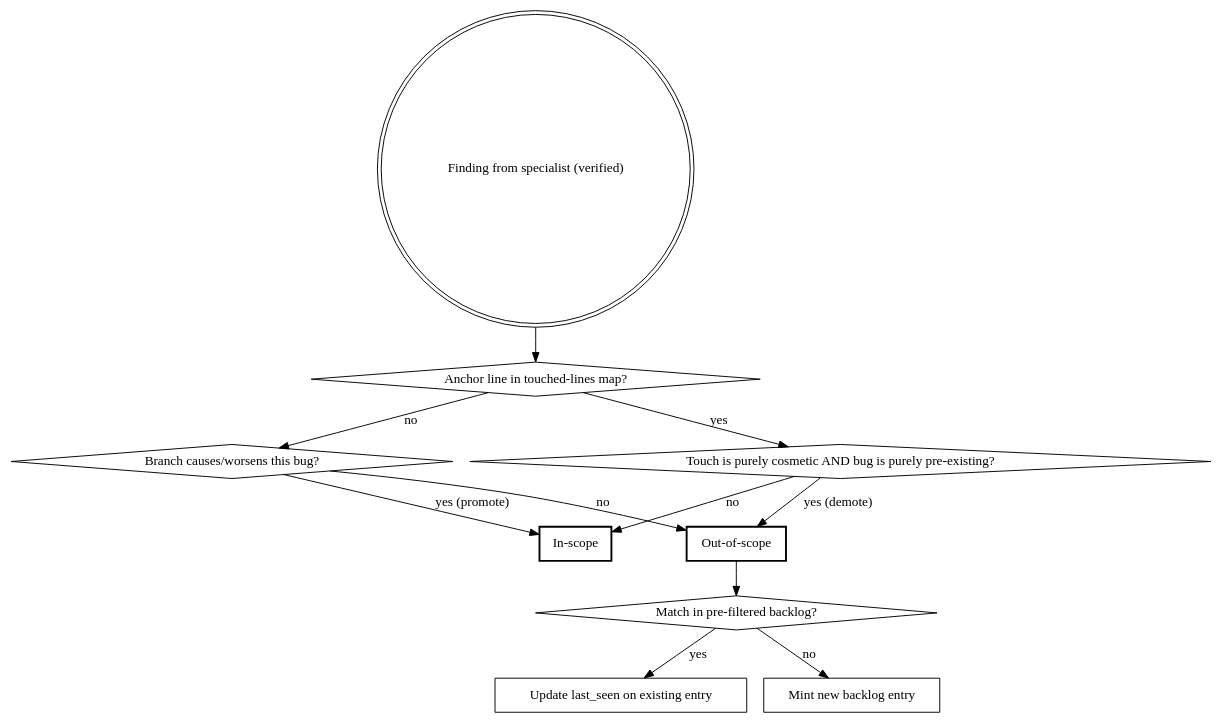
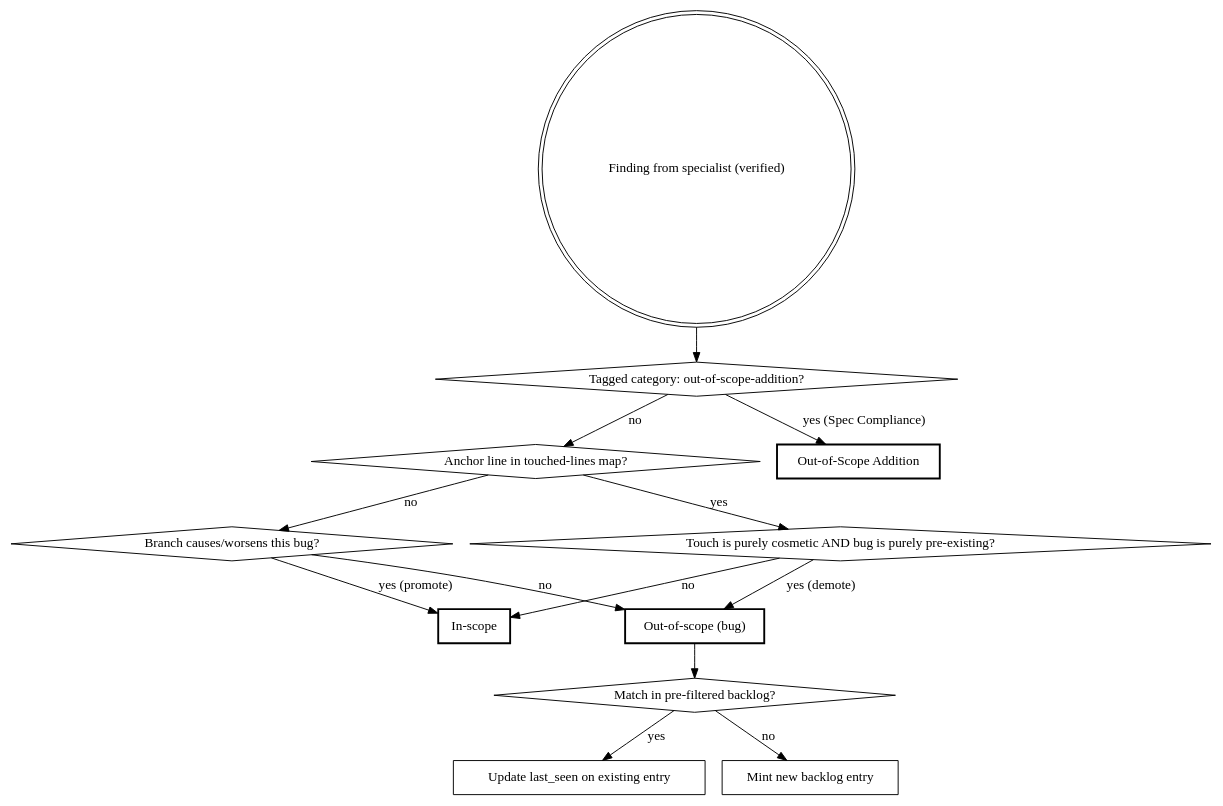
Before and after one commit to Ovid/paad: the first of 2 diagrams in plugins/paad/skills/agentic-review/SKILL.md, drawn with Graphviz. The commit also changed other lines of this file and 11 other files, not shown here.

First line of the commit message:
agentic-review: replace Plan Alignment with Spec Compliance specialist

````diff
--- a/plugins/paad/skills/agentic-review/SKILL.md
+++ b/plugins/paad/skills/agentic-review/SKILL.md
@@ -30,25 +40,29 @@
 ```dot
 digraph classification {
   "Finding from specialist (verified)" [shape=doublecircle];
+  "Tagged category: out-of-scope-addition?" [shape=diamond];
   "Anchor line in touched-lines map?" [shape=diamond];
   "Branch causes/worsens this bug?" [shape=diamond];
   "Touch is purely cosmetic AND bug is purely pre-existing?" [shape=diamond];
   "Match in pre-filtered backlog?" [shape=diamond];
 
   "In-scope" [shape=box, style=bold];
-  "Out-of-scope" [shape=box, style=bold];
+  "Out-of-scope (bug)" [shape=box, style=bold];
+  "Out-of-Scope Addition" [shape=box, style=bold];
   "Update last_seen on existing entry" [shape=box];
   "Mint new backlog entry" [shape=box];
 
-  "Finding from specialist (verified)" -> "Anchor line in touched-lines map?";
+  "Finding from specialist (verified)" -> "Tagged category: out-of-scope-addition?";
+  "Tagged category: out-of-scope-addition?" -> "Out-of-Scope Addition" [label="yes (Spec Compliance)"];
+  "Tagged category: out-of-scope-addition?" -> "Anchor line in touched-lines map?" [label="no"];
   "Anchor line in touched-lines map?" -> "Touch is purely cosmetic AND bug is purely pre-existing?" [label="yes"];
   "Anchor line in touched-lines map?" -> "Branch causes/worsens this bug?" [label="no"];
-  "Touch is purely cosmetic AND bug is purely pre-existing?" -> "Out-of-scope" [label="yes (demote)"];
+  "Touch is purely cosmetic AND bug is purely pre-existing?" -> "Out-of-scope (bug)" [label="yes (demote)"];
   "Touch is purely cosmetic AND bug is purely pre-existing?" -> "In-scope" [label="no"];
   "Branch causes/worsens this bug?" -> "In-scope" [label="yes (promote)"];
-  "Branch causes/worsens this bug?" -> "Out-of-scope" [label="no"];
-  "Out-of-scope" -> "Match in pre-filtered backlog?";
+  "Branch causes/worsens this bug?" -> "Out-of-scope (bug)" [label="no"];
+  "Out-of-scope (bug)" -> "Match in pre-filtered backlog?";
   "Match in pre-filtered backlog?" -> "Update last_seen on existing entry" [label="yes"];
   "Match in pre-filtered backlog?" -> "Mint new backlog entry" [label="no"];
 }
 ```
````
